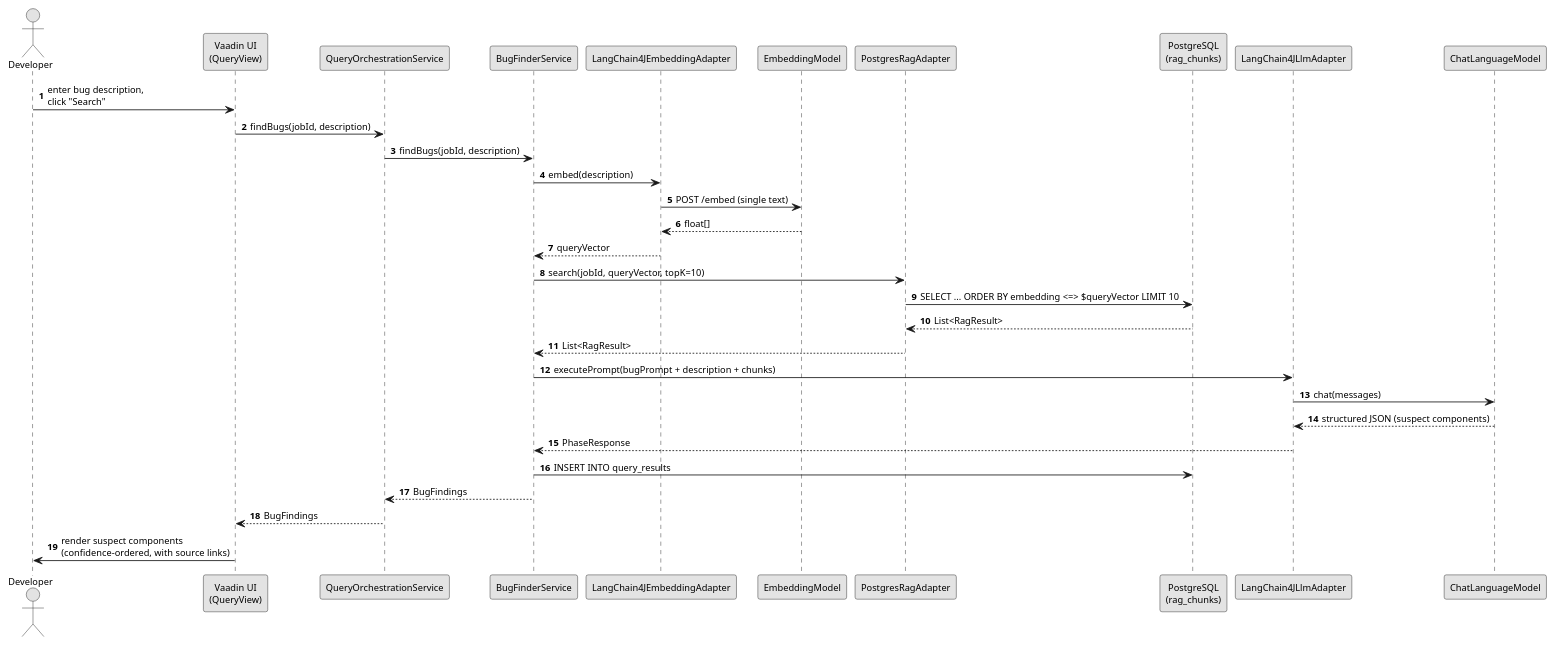
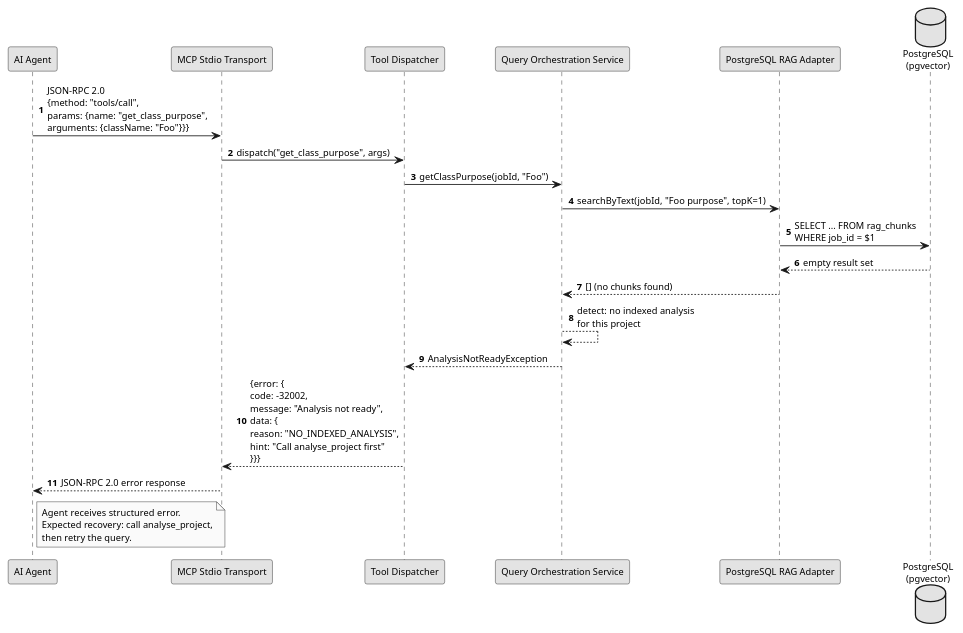
The sixth of 6 diagrams in src/docs/arc42/chapters/06-runtime-view.adoc (JohannesRabauer/java-project-analyser), drawn with PlantUML before and after one commit. The commit also changed other lines of this file and 20 other files, not shown here.

```diff
--- a/src/docs/arc42/chapters/06-runtime-view.adoc
+++ b/src/docs/arc42/chapters/06-runtime-view.adoc
@@ -255,43 +275,36 @@
-[plantuml, sc-07-bug-find, svg]
+[plantuml, sc-06-cold-start, svg]
 ....
 @startuml
 skinparam monochrome true
 skinparam defaultFontSize 11
 autonumber
 
-actor Developer
-participant "Vaadin UI\n(QueryView)" as UI
-participant "QueryOrchestrationService" as QOS
-participant "BugFinderService" as BugSvc
-participant "LangChain4JEmbeddingAdapter" as EmbedAdapter
-participant "EmbeddingModel" as EmbedModel
-participant "PostgresRagAdapter" as RagAdapter
-participant "PostgreSQL\n(rag_chunks)" as DB
-participant "LangChain4JLlmAdapter" as LlmAdapter
-participant "ChatLanguageModel" as LLM
+participant "AI Agent" as Agent
+participant "MCP Stdio Transport" as Transport
+participant "Tool Dispatcher" as Dispatcher
+participant "Query Orchestration Service" as QuerySvc
+participant "PostgreSQL RAG Adapter" as RagAdapter
+database "PostgreSQL\n(pgvector)" as DB
 
-Developer -> UI : enter bug description,\nclick "Search"
-UI -> QOS : findBugs(jobId, description)
-QOS -> BugSvc : findBugs(jobId, description)
+Agent -> Transport : JSON-RPC 2.0\n{method: "tools/call",\nparams: {name: "get_class_purpose",\narguments: {className: "Foo"}}}
+Transport -> Dispatcher : dispatch("get_class_purpose", args)
+Dispatcher -> QuerySvc : getClassPurpose(jobId, "Foo")
+QuerySvc -> RagAdapter : searchByText(jobId, "Foo purpose", topK=1)
+RagAdapter -> DB : SELECT ... FROM rag_chunks\nWHERE job_id = $1
+DB --> RagAdapter : empty result set
 
-BugSvc -> EmbedAdapter : embed(description)
-EmbedAdapter -> EmbedModel : POST /embed (single text)
-EmbedModel --> EmbedAdapter : float[]
-EmbedAdapter --> BugSvc : queryVector
+RagAdapter --> QuerySvc : [] (no chunks found)
+QuerySvc --> QuerySvc : detect: no indexed analysis\nfor this project
 
-BugSvc -> RagAdapter : search(jobId, queryVector, topK=10)
-RagAdapter -> DB : SELECT ... ORDER BY embedding <=> $queryVector LIMIT 10
-DB --> RagAdapter : List<RagResult>
-RagAdapter --> BugSvc : List<RagResult>
+QuerySvc --> Dispatcher : AnalysisNotReadyException
 
-BugSvc -> LlmAdapter : executePrompt(bugPrompt + description + chunks)
-LlmAdapter -> LLM : chat(messages)
-LLM --> LlmAdapter : structured JSON (suspect components)
-LlmAdapter --> BugSvc : PhaseResponse
+Dispatcher --> Transport : {error: {\ncode: -32002,\nmessage: "Analysis not ready",\ndata: {\nreason: "NO_INDEXED_ANALYSIS",\nhint: "Call analyse_project first"\n}}}
+Transport --> Agent : JSON-RPC 2.0 error response
 
-BugSvc -> DB : INSERT INTO query_results
-BugSvc --> QOS : BugFindings
-QOS --> UI : BugFindings
-UI -> Developer : render suspect components\n(confidence-ordered, with source links)
+note right of Agent
+  Agent receives structured error.
+  Expected recovery: call analyse_project,
+  then retry the query.
+end note
 @enduml
 ....
```
